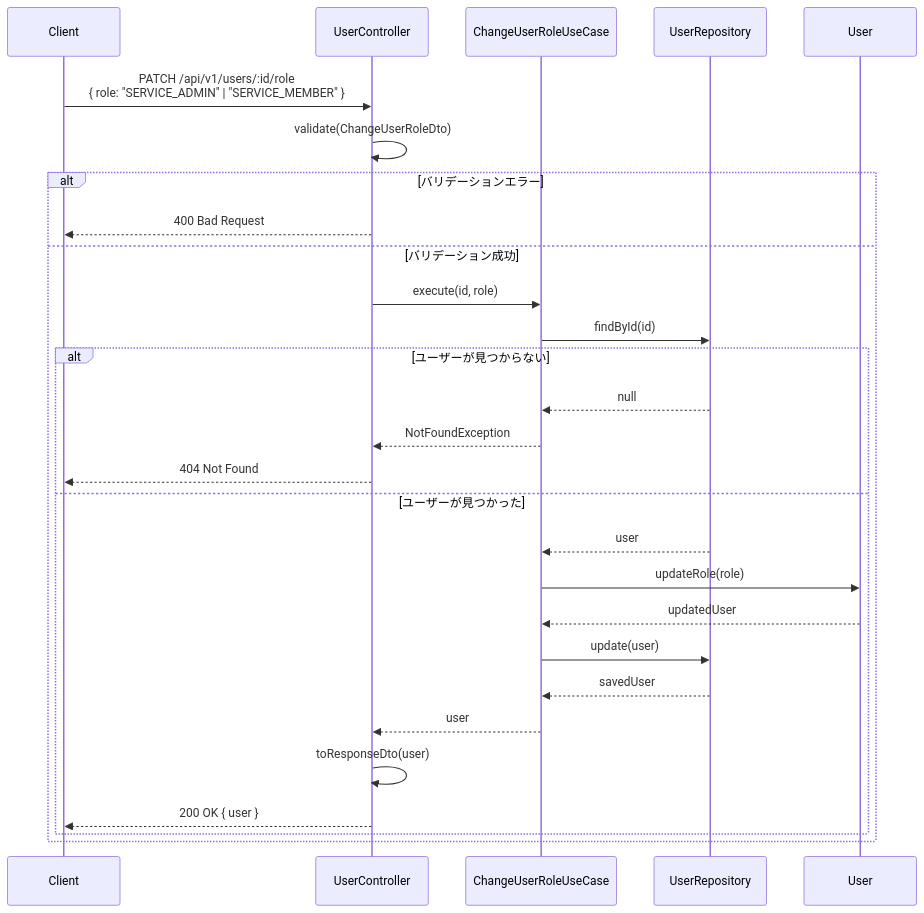
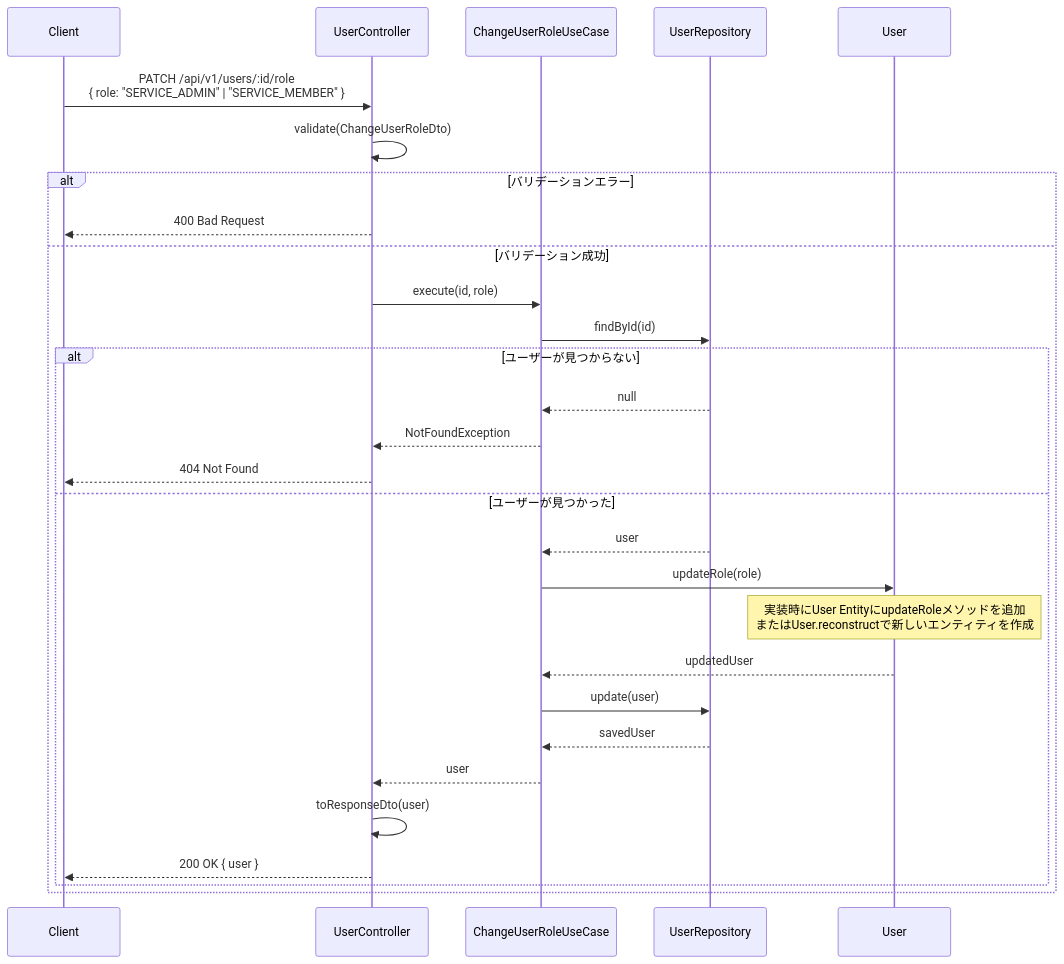
One commit to kencom2400/MrWebDefence-Console changed the sixth of 6 diagrams in docs/detailed-design/MWD-35_user-management/sequence-diagrams.md. Above: the diagram before and after it, drawn with Mermaid. The commit also changed other lines of this file and 3 other files, not shown here.

````diff
--- a/docs/detailed-design/MWD-35_user-management/sequence-diagrams.md
+++ b/docs/detailed-design/MWD-35_user-management/sequence-diagrams.md
@@ -180,37 +183,38 @@
 ```mermaid
 sequenceDiagram
     participant Client
     participant UserController
     participant ChangeUserRoleUseCase
     participant UserRepository
     participant User
 
     Client->>UserController: PATCH /api/v1/users/:id/role<br/>{ role: "SERVICE_ADMIN" | "SERVICE_MEMBER" }
     UserController->>UserController: validate(ChangeUserRoleDto)
     
     alt バリデーションエラー
         UserController-->>Client: 400 Bad Request
     else バリデーション成功
         UserController->>ChangeUserRoleUseCase: execute(id, role)
         
         ChangeUserRoleUseCase->>UserRepository: findById(id)
         
         alt ユーザーが見つからない
             UserRepository-->>ChangeUserRoleUseCase: null
             ChangeUserRoleUseCase-->>UserController: NotFoundException
             UserController-->>Client: 404 Not Found
         else ユーザーが見つかった
             UserRepository-->>ChangeUserRoleUseCase: user
             
             ChangeUserRoleUseCase->>User: updateRole(role)
+            Note over User: 実装時にUser EntityにupdateRoleメソッドを追加<br/>またはUser.reconstructで新しいエンティティを作成
             User-->>ChangeUserRoleUseCase: updatedUser
             
             ChangeUserRoleUseCase->>UserRepository: update(user)
             UserRepository-->>ChangeUserRoleUseCase: savedUser
             
             ChangeUserRoleUseCase-->>UserController: user
             UserController->>UserController: toResponseDto(user)
             UserController-->>Client: 200 OK { user }
         end
     end
 ```
````
